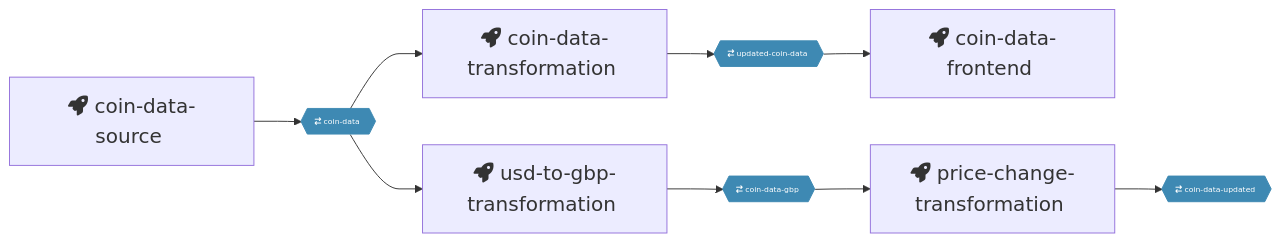
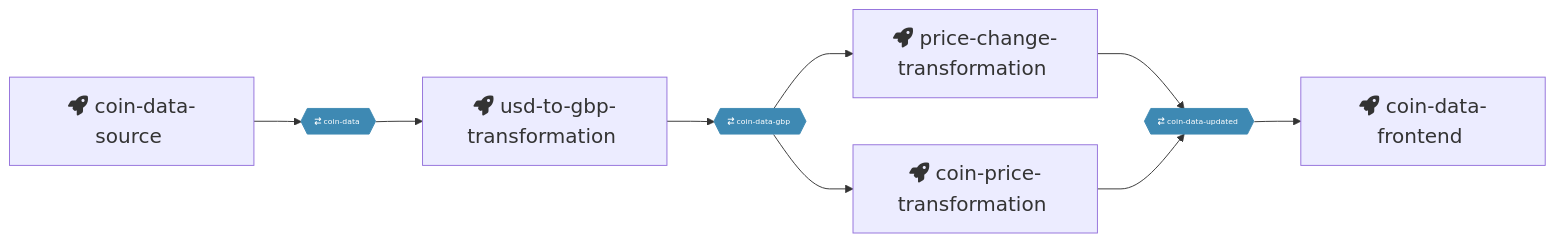
Before and after one commit to ChrisGilchrist/QuixCoinMarket: the diagram in pipeline.md, drawn with Mermaid. The commit also changed 2 other files, not shown here.

Commit message:
Added new project

````diff
--- a/pipeline.md
+++ b/pipeline.md
@@ -1,19 +1,19 @@
 ```mermaid
 %%{ init: { 'flowchart': { 'curve': 'monotoneX' } } }%%
 graph LR;
 coin-data-source[fa:fa-rocket coin-data-source &#8205] --> coin-data{{ fa:fa-arrow-right-arrow-left coin-data &#8205}}:::topic;
-updated-coin-data{{ fa:fa-arrow-right-arrow-left updated-coin-data &#8205}}:::topic --> coin-data-frontend[fa:fa-rocket coin-data-frontend &#8205];
 coin-data{{ fa:fa-arrow-right-arrow-left coin-data &#8205}}:::topic --> usd-to-gbp-transformation[fa:fa-rocket usd-to-gbp-transformation &#8205];
 usd-to-gbp-transformation[fa:fa-rocket usd-to-gbp-transformation &#8205] --> coin-data-gbp{{ fa:fa-arrow-right-arrow-left coin-data-gbp &#8205}}:::topic;
 coin-data-gbp{{ fa:fa-arrow-right-arrow-left coin-data-gbp &#8205}}:::topic --> price-change-transformation[fa:fa-rocket price-change-transformation &#8205];
 price-change-transformation[fa:fa-rocket price-change-transformation &#8205] --> coin-data-updated{{ fa:fa-arrow-right-arrow-left coin-data-updated &#8205}}:::topic;
-coin-data{{ fa:fa-arrow-right-arrow-left coin-data &#8205}}:::topic --> coin-data-transformation[fa:fa-rocket coin-data-transformation &#8205];
-coin-data-transformation[fa:fa-rocket coin-data-transformation &#8205] --> updated-coin-data{{ fa:fa-arrow-right-arrow-left updated-coin-data &#8205}}:::topic;
+coin-data-updated{{ fa:fa-arrow-right-arrow-left coin-data-updated &#8205}}:::topic --> coin-data-frontend[fa:fa-rocket coin-data-frontend &#8205];
+coin-data-gbp{{ fa:fa-arrow-right-arrow-left coin-data-gbp &#8205}}:::topic --> coin-price-transformation[fa:fa-rocket coin-price-transformation &#8205];
+coin-price-transformation[fa:fa-rocket coin-price-transformation &#8205] --> coin-data-updated{{ fa:fa-arrow-right-arrow-left coin-data-updated &#8205}}:::topic;
 
 
 classDef default font-size:110%;
 classDef topic font-size:80%;
 classDef topic fill:#3E89B3;
 classDef topic stroke:#3E89B3;
 classDef topic color:white;
 ```
````
